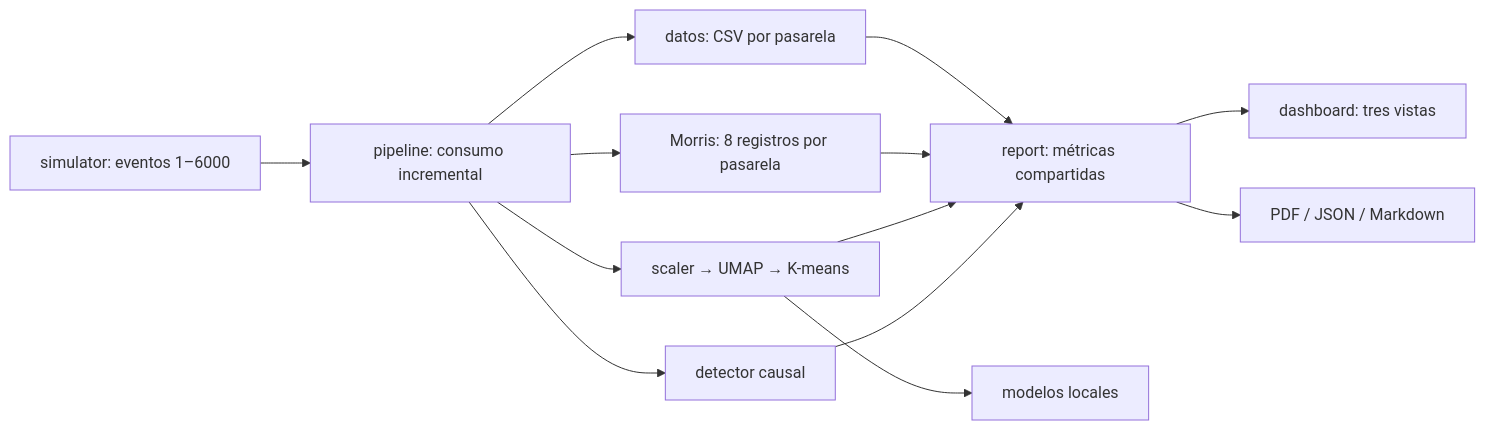
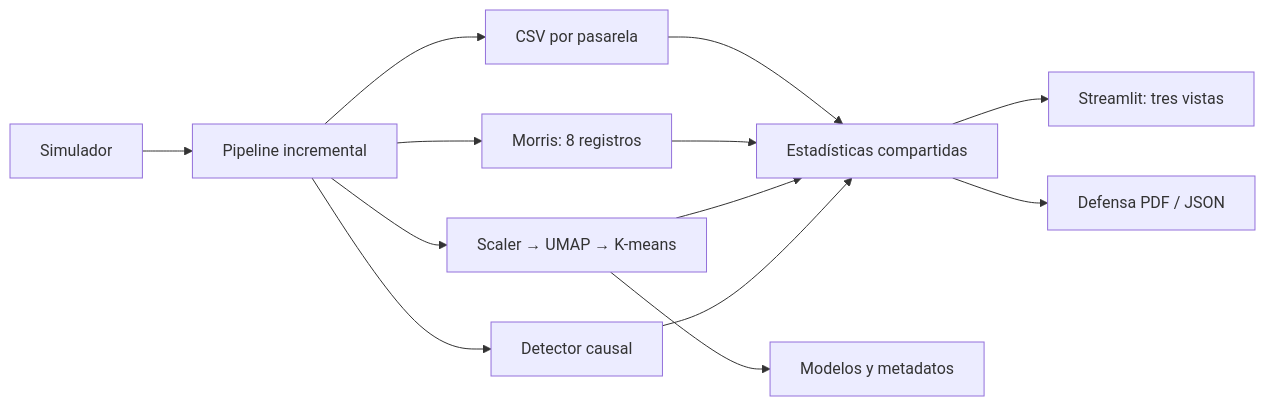
The diagram in README.md (Cuet1so/Trabajo_Ciberseguridad-BigData), drawn with Mermaid before and after one commit. The commit also changed other lines of this file and 55 other files, not shown here.

````diff
--- a/README.md
+++ b/README.md
@@ -119,15 +87,15 @@
 ```mermaid
 flowchart LR
-    S[simulator: eventos 1–6000] --> P[pipeline: consumo incremental]
-    P --> C[datos: CSV por pasarela]
-    P --> M[Morris: 8 registros por pasarela]
-    P --> A[scaler → UMAP → K-means]
-    P --> D[detector causal]
-    C --> R[report: métricas compartidas]
+    S[Simulador] --> P[Pipeline incremental]
+    P --> C[CSV por pasarela]
+    P --> M[Morris: 8 registros]
+    P --> A[Scaler → UMAP → K-means]
+    P --> D[Detector causal]
+    C --> R[Estadísticas compartidas]
     M --> R
     A --> R
     D --> R
-    R --> UI[dashboard: tres vistas]
-    R --> PDF[PDF / JSON / Markdown]
-    A --> F[modelos locales]
+    R --> UI[Streamlit: tres vistas]
+    R --> PDF[Defensa PDF / JSON]
+    A --> F[Modelos y metadatos]
 ```
````
